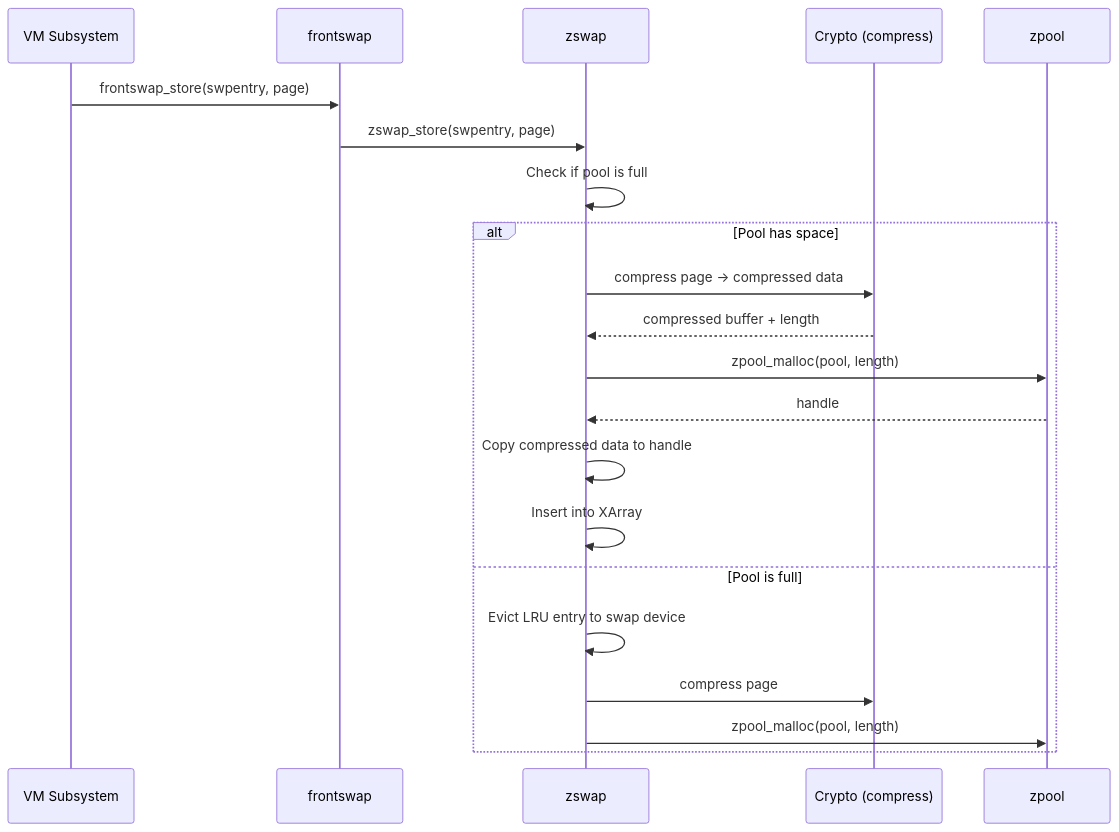
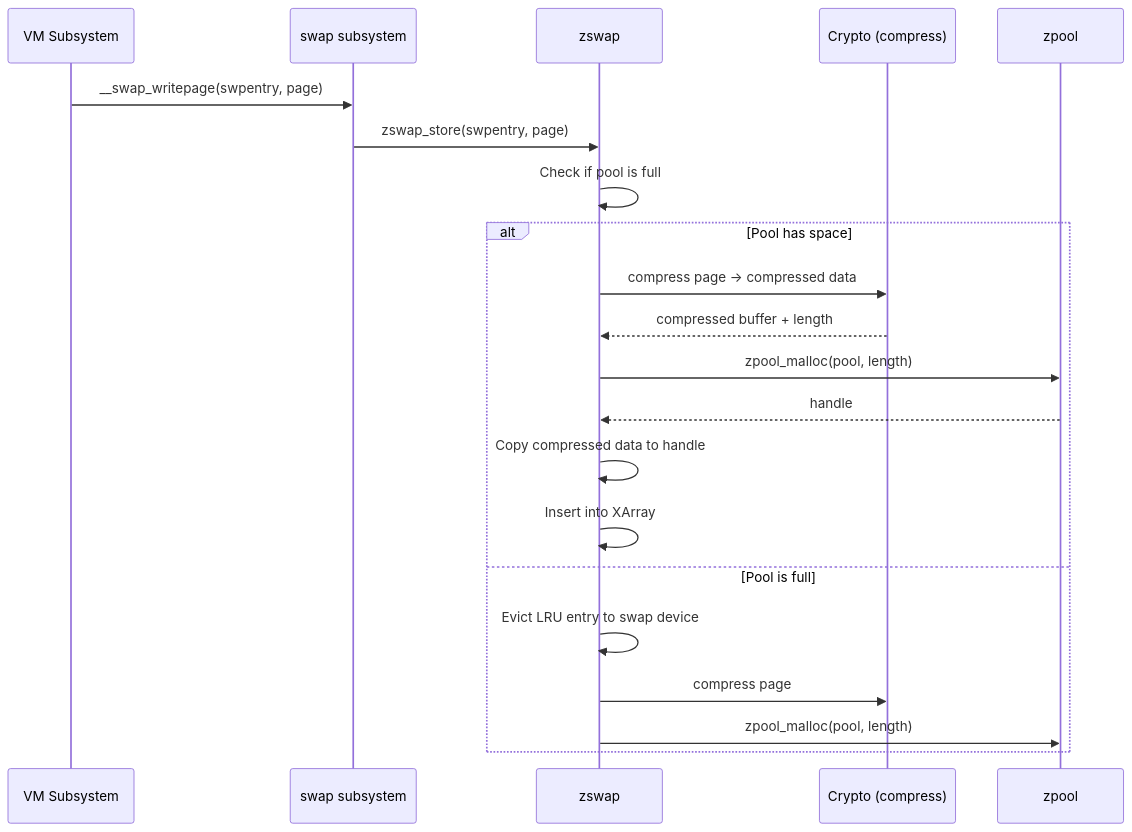
One commit to vanos001/placement_prep changed the second of 5 diagrams in src/linux/kernel/memory/zswap.md. Above: the diagram before and after it, drawn with Mermaid. The commit also changed other lines of this file and 13 other files, not shown here.

````diff
--- a/src/linux/kernel/memory/zswap.md
+++ b/src/linux/kernel/memory/zswap.md
@@ -121,24 +121,24 @@
 ```mermaid
 sequenceDiagram
     participant VM as VM Subsystem
-    participant FS as frontswap
+    participant SWP as swap subsystem
     participant ZS as zswap
     participant CP as Crypto (compress)
     participant ZP as zpool
 
-    VM->>FS: frontswap_store(swpentry, page)
-    FS->>ZS: zswap_store(swpentry, page)
+    VM->>SWP: __swap_writepage(swpentry, page)
+    SWP->>ZS: zswap_store(swpentry, page)
     ZS->>ZS: Check if pool is full
     alt Pool has space
         ZS->>CP: compress page → compressed data
         CP-->>ZS: compressed buffer + length
         ZS->>ZP: zpool_malloc(pool, length)
         ZP-->>ZS: handle
         ZS->>ZS: Copy compressed data to handle
         ZS->>ZS: Insert into XArray
     else Pool is full
         ZS->>ZS: Evict LRU entry to swap device
         ZS->>CP: compress page
         ZS->>ZP: zpool_malloc(pool, length)
     end
 ```
````
